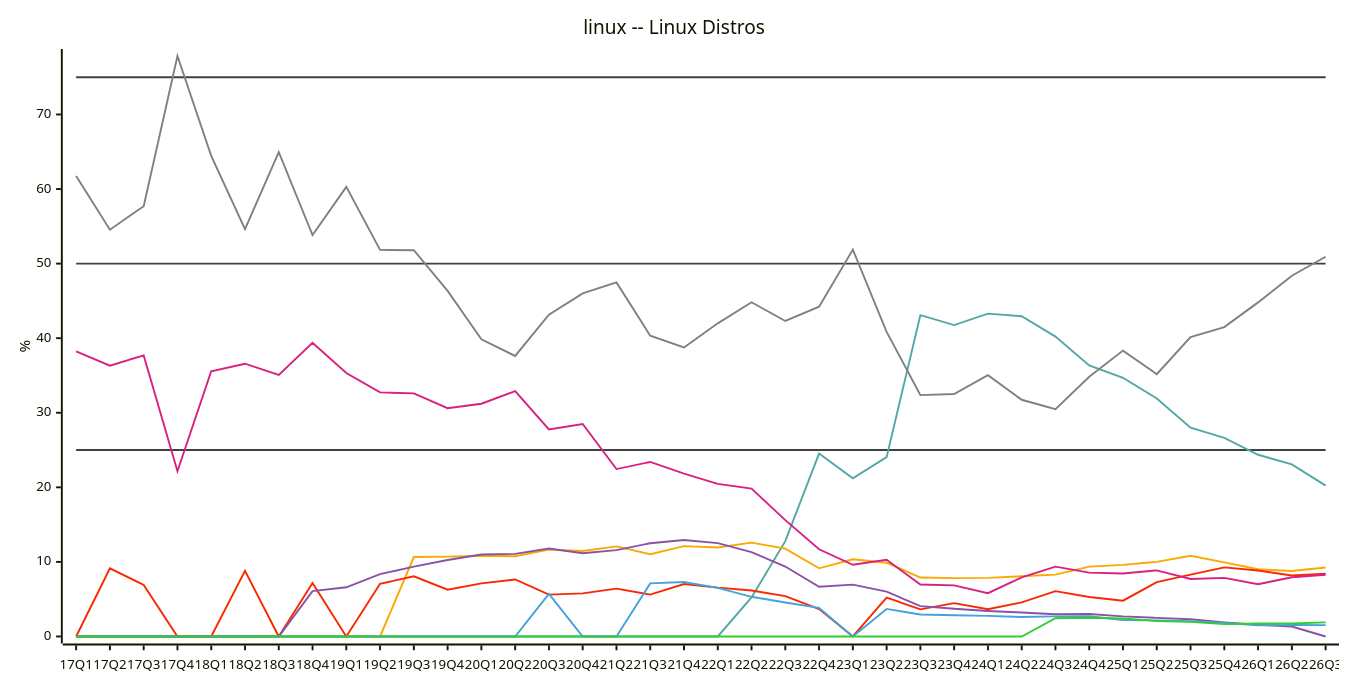
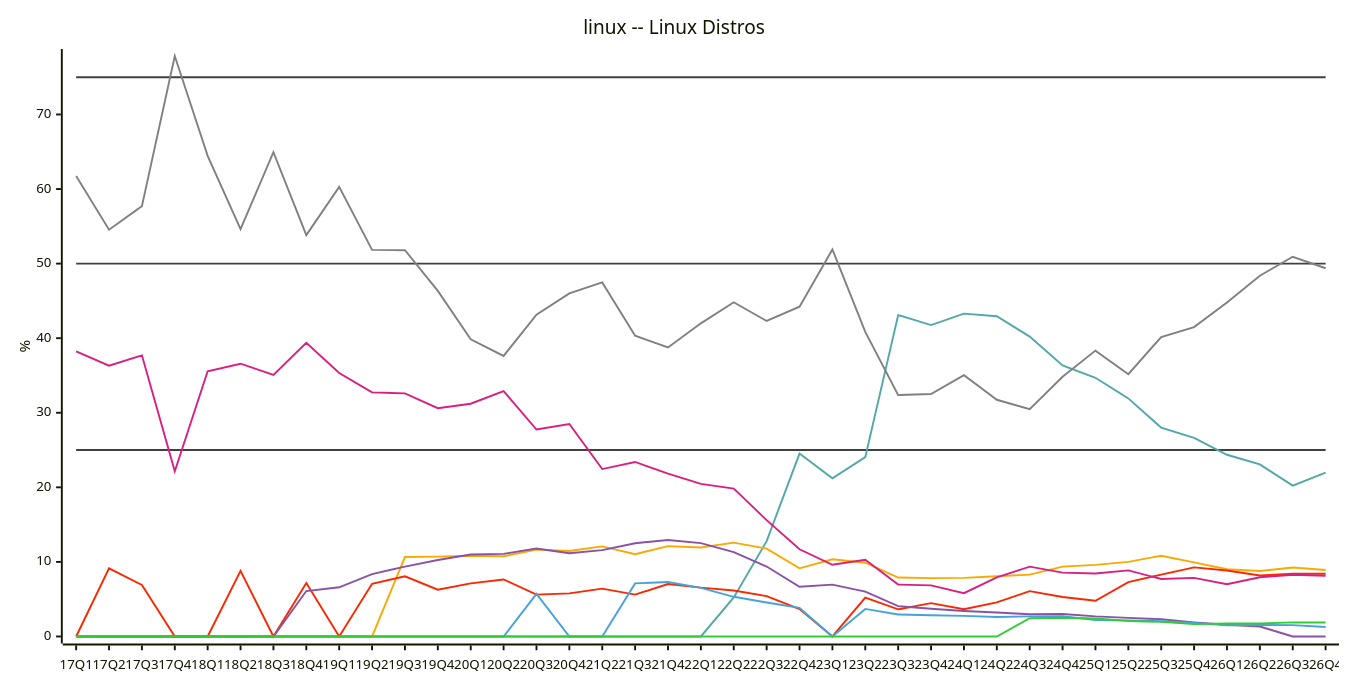
Before and after one commit to jdegene/steamHWsurvey: diagram 16 of 31 in README.md, drawn with Mermaid. The commit also changed other lines of this file and 2 other files, not shown here.

````diff
--- a/README.md
+++ b/README.md
@@ -539,29 +539,29 @@
 ```mermaid
 ---
 config:
     xyChart:
         width: 1400
         height: 700
         
     themeVariables:
         xyChart:
             plotColorPalette: "#404040,#404040,#404040,#51a8a6,#f9a900,#f92800,#d92080,#8a52a6,#46a2da,#32CD32,#808080"
 
 --- 
 
 xychart-beta
     title "linux -- Linux Distros"
-    x-axis [17Q1, 17Q2, 17Q3, 17Q4, 18Q1, 18Q2, 18Q3, 18Q4, 19Q1, 19Q2, 19Q3, 19Q4, 20Q1, 20Q2, 20Q3, 20Q4, 21Q2, 21Q3, 21Q4, 22Q1, 22Q2, 22Q3, 22Q4, 23Q1, 23Q2, 23Q3, 23Q4, 24Q1, 24Q2, 24Q3, 24Q4, 25Q1, 25Q2, 25Q3, 25Q4, 26Q1, 26Q2, 26Q3]
+    x-axis [17Q1, 17Q2, 17Q3, 17Q4, 18Q1, 18Q2, 18Q3, 18Q4, 19Q1, 19Q2, 19Q3, 19Q4, 20Q1, 20Q2, 20Q3, 20Q4, 21Q2, 21Q3, 21Q4, 22Q1, 22Q2, 22Q3, 22Q4, 23Q1, 23Q2, 23Q3, 23Q4, 24Q1, 24Q2, 24Q3, 24Q4, 25Q1, 25Q2, 25Q3, 25Q4, 26Q1, 26Q2, 26Q3, 26Q4]
     y-axis "%" 
- line [25, 25, 25, 25, 25, 25, 25, 25, 25, 25, 25, 25, 25, 25, 25, 25, 25, 25, 25, 25, 25, 25, 25, 25, 25, 25, 25, 25, 25, 25, 25, 25, 25, 25, 25, 25, 25, 25]
- line [50, 50, 50, 50, 50, 50, 50, 50, 50, 50, 50, 50, 50, 50, 50, 50, 50, 50, 50, 50, 50, 50, 50, 50, 50, 50, 50, 50, 50, 50, 50, 50, 50, 50, 50, 50, 50, 50]
- line [75, 75, 75, 75, 75, 75, 75, 75, 75, 75, 75, 75, 75, 75, 75, 75, 75, 75, 75, 75, 75, 75, 75, 75, 75, 75, 75, 75, 75, 75, 75, 75, 75, 75, 75, 75, 75, 75]
-    line [0, 0, 0, 0, 0, 0, 0, 0, 0, 0, 0, 0, 0, 0, 0, 0, 0, 0, 0, 0, 5.2299999999999995, 12.776666666666667, 24.525, 21.2, 24.044999999999998, 43.096666666666664, 41.76, 43.29666666666667, 42.946666666666665, 40.216666666666676, 36.336666666666666, 34.69333333333333, 31.923333333333332, 28.000000000000004, 26.639999999999997, 24.366666666666667, 23.07333333333333, 20.226666666666667]
-    line [0, 0, 0, 0, 0, 0, 0, 0, 0, 0, 10.65, 10.703333333333333, 10.835, 10.756666666666666, 11.645, 11.46, 12.079999999999998, 11.023333333333333, 12.11, 11.940000000000001, 12.585, 11.776666666666667, 9.14, 10.36, 9.89, 7.903333333333333, 7.830000000000001, 7.856666666666667, 8.073333333333334, 8.29, 9.36, 9.596666666666666, 10.010000000000002, 10.83, 9.943333333333333, 9.019999999999996, 8.779999999999998, 9.24666666666666]
-    line [0, 9.133333333333333, 6.909999999999999, 0, 0, 8.806666666666667, 0, 7.17, 0, 7.063333333333334, 8.07, 6.2700000000000005, 7.124999999999999, 7.6433333333333335, 5.609999999999999, 5.779999999999999, 6.420000000000001, 5.62, 7.04, 6.550000000000001, 6.165, 5.415, 3.6700000000000004, 0, 5.215, 3.6399999999999997, 4.475, 3.6533333333333333, 4.573333333333332, 6.073333333333333, 5.3, 4.796666666666667, 7.286666666666668, 8.293333333333335, 9.266666666666667, 8.850000000000001, 8.176666666666668, 8.413333333333334]
-    line [38.24, 36.31999999999999, 37.696666666666665, 22.163333333333334, 35.56666666666666, 36.57666666666666, 35.06, 39.36666666666667, 35.32666666666667, 32.733333333333334, 32.59666666666667, 30.606666666666666, 31.210000000000004, 32.906666666666666, 27.755000000000003, 28.485, 22.45, 23.4, 21.84, 20.47, 19.835, 15.6, 11.695, 9.610000000000001, 10.280000000000001, 6.959999999999999, 6.855, 5.8100000000000005, 7.923333333333334, 9.363333333333335, 8.556666666666667, 8.436666666666666, 8.866666666666667, 7.706666666666667, 7.853333333333333, 7.006666666666667, 7.943333333333326, 8.276666666666667]
-    line [0, 0, 0, 0, 0, 0, 0, 6.09, 6.595000000000001, 8.363333333333333, 9.370000000000001, 10.25, 10.985, 11.080000000000002, 11.795, 11.165, 11.58, 12.503333333333334, 12.94, 12.520000000000001, 11.32, 9.376666666666667, 6.659999999999999, 6.950000000000001, 6.0200000000000005, 4.0633333333333335, 3.7150000000000003, 3.416666666666667, 3.2133333333333334, 2.9733333333333336, 3.0166666666666666, 2.6950000000000003, 2.5, 2.31, 1.8900000000000001, 1.5649999999999948, 1.339999999999995, 0]
-    line [0, 0, 0, 0, 0, 0, 0, 0, 0, 0, 0, 0, 0, 0, 5.72, 0, 0, 7.116666666666667, 7.31, 6.52, 5.319999999999999, 4.556666666666667, 3.83, 0, 3.695, 2.9499999999999997, 2.855, 2.76, 2.61, 2.6950000000000003, 2.7066666666666666, 2.21, 2.1533333333333333, 2.0500000000000003, 1.8233333333333335, 1.51, 1.54, 1.525]
-    line [0, 0, 0, 0, 0, 0, 0, 0, 0, 0, 0, 0, 0, 0, 0, 0, 0, 0, 0, 0, 0, 0, 0, 0, 0, 0, 0, 0, 0, 2.44, 2.52, 2.41, 2.08, 1.96, 1.6500000000000001, 1.7399999999999998, 1.7399999999999967, 1.8933333333333302]
-    line [61.760000000000005, 54.55, 57.699999999999996, 77.83666666666666, 64.44333333333333, 54.61666666666667, 64.93666666666667, 53.81999999999999, 60.28333333333333, 51.84000000000001, 51.790000000000006, 46.34666666666667, 39.839999999999996, 37.61666666666667, 43.145, 46.005, 47.48, 40.336666666666666, 38.75, 41.99, 44.82, 42.30666666666667, 44.23, 51.89, 40.849999999999994, 32.37, 32.51, 35.04666666666667, 31.739999999999995, 30.473333333333336, 34.83, 38.33333333333333, 35.17333333333334, 40.156666666666666, 41.486666666666665, 44.8, 48.37333333333333, 50.916666666666664]
+ line [25, 25, 25, 25, 25, 25, 25, 25, 25, 25, 25, 25, 25, 25, 25, 25, 25, 25, 25, 25, 25, 25, 25, 25, 25, 25, 25, 25, 25, 25, 25, 25, 25, 25, 25, 25, 25, 25, 25]
+ line [50, 50, 50, 50, 50, 50, 50, 50, 50, 50, 50, 50, 50, 50, 50, 50, 50, 50, 50, 50, 50, 50, 50, 50, 50, 50, 50, 50, 50, 50, 50, 50, 50, 50, 50, 50, 50, 50, 50]
+ line [75, 75, 75, 75, 75, 75, 75, 75, 75, 75, 75, 75, 75, 75, 75, 75, 75, 75, 75, 75, 75, 75, 75, 75, 75, 75, 75, 75, 75, 75, 75, 75, 75, 75, 75, 75, 75, 75, 75]
+    line [0, 0, 0, 0, 0, 0, 0, 0, 0, 0, 0, 0, 0, 0, 0, 0, 0, 0, 0, 0, 5.2299999999999995, 12.776666666666667, 24.525, 21.2, 24.044999999999998, 43.096666666666664, 41.76, 43.29666666666667, 42.946666666666665, 40.216666666666676, 36.336666666666666, 34.69333333333333, 31.923333333333332, 28.000000000000004, 26.639999999999997, 24.366666666666667, 23.07333333333333, 20.226666666666667, 21.98]
+    line [0, 0, 0, 0, 0, 0, 0, 0, 0, 0, 10.65, 10.703333333333333, 10.835, 10.756666666666666, 11.645, 11.46, 12.079999999999998, 11.023333333333333, 12.11, 11.940000000000001, 12.585, 11.776666666666667, 9.14, 10.36, 9.89, 7.903333333333333, 7.830000000000001, 7.856666666666667, 8.073333333333334, 8.29, 9.36, 9.596666666666666, 10.010000000000002, 10.83, 9.943333333333333, 9.019999999999996, 8.779999999999998, 9.24666666666666, 8.92]
+    line [0, 9.133333333333333, 6.909999999999999, 0, 0, 8.806666666666667, 0, 7.17, 0, 7.063333333333334, 8.07, 6.2700000000000005, 7.124999999999999, 7.6433333333333335, 5.609999999999999, 5.779999999999999, 6.420000000000001, 5.62, 7.04, 6.550000000000001, 6.165, 5.415, 3.6700000000000004, 0, 5.215, 3.6399999999999997, 4.475, 3.6533333333333333, 4.573333333333332, 6.073333333333333, 5.3, 4.796666666666667, 7.286666666666668, 8.293333333333335, 9.266666666666667, 8.850000000000001, 8.176666666666668, 8.413333333333334, 8.41]
+    line [38.24, 36.31999999999999, 37.696666666666665, 22.163333333333334, 35.56666666666666, 36.57666666666666, 35.06, 39.36666666666667, 35.32666666666667, 32.733333333333334, 32.59666666666667, 30.606666666666666, 31.210000000000004, 32.906666666666666, 27.755000000000003, 28.485, 22.45, 23.4, 21.84, 20.47, 19.835, 15.6, 11.695, 9.610000000000001, 10.280000000000001, 6.959999999999999, 6.855, 5.8100000000000005, 7.923333333333334, 9.363333333333335, 8.556666666666667, 8.436666666666666, 8.866666666666667, 7.706666666666667, 7.853333333333333, 7.006666666666667, 7.943333333333326, 8.276666666666667, 8.15]
+    line [0, 0, 0, 0, 0, 0, 0, 6.09, 6.595000000000001, 8.363333333333333, 9.370000000000001, 10.25, 10.985, 11.080000000000002, 11.795, 11.165, 11.58, 12.503333333333334, 12.94, 12.520000000000001, 11.32, 9.376666666666667, 6.659999999999999, 6.950000000000001, 6.0200000000000005, 4.0633333333333335, 3.7150000000000003, 3.416666666666667, 3.2133333333333334, 2.9733333333333336, 3.0166666666666666, 2.6950000000000003, 2.5, 2.31, 1.8900000000000001, 1.5649999999999948, 1.339999999999995, 0, 0]
+    line [0, 0, 0, 0, 0, 0, 0, 0, 0, 0, 0, 0, 0, 0, 5.72, 0, 0, 7.116666666666667, 7.31, 6.52, 5.319999999999999, 4.556666666666667, 3.83, 0, 3.695, 2.9499999999999997, 2.855, 2.76, 2.61, 2.6950000000000003, 2.7066666666666666, 2.21, 2.1533333333333333, 2.0500000000000003, 1.8233333333333335, 1.51, 1.54, 1.525, 1.27]
+    line [0, 0, 0, 0, 0, 0, 0, 0, 0, 0, 0, 0, 0, 0, 0, 0, 0, 0, 0, 0, 0, 0, 0, 0, 0, 0, 0, 0, 0, 2.44, 2.52, 2.41, 2.08, 1.96, 1.6500000000000001, 1.7399999999999998, 1.7399999999999967, 1.8933333333333302, 1.8799999999999901]
+    line [61.760000000000005, 54.55, 57.699999999999996, 77.83666666666666, 64.44333333333333, 54.61666666666667, 64.93666666666667, 53.81999999999999, 60.28333333333333, 51.84000000000001, 51.790000000000006, 46.34666666666667, 39.839999999999996, 37.61666666666667, 43.145, 46.005, 47.48, 40.336666666666666, 38.75, 41.99, 44.82, 42.30666666666667, 44.23, 51.89, 40.849999999999994, 32.37, 32.51, 35.04666666666667, 31.739999999999995, 30.473333333333336, 34.83, 38.33333333333333, 35.17333333333334, 40.156666666666666, 41.486666666666665, 44.8, 48.37333333333333, 50.916666666666664, 49.38]
 ``` 
````
